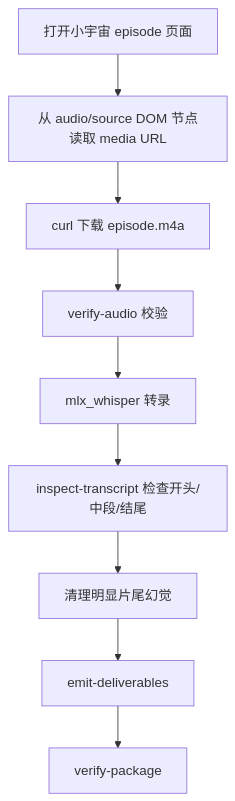
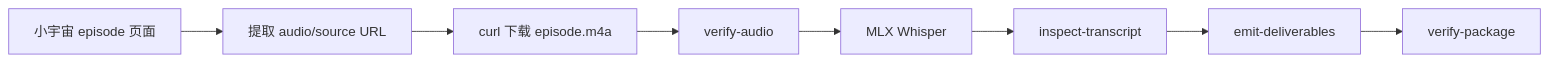
The second of 3 diagrams in README.md (ambition0802/audio-transcription-skill), drawn with Mermaid before and after one commit. The commit also changed other lines of this file and 1 other file, not shown here.

````diff
--- a/README.md
+++ b/README.md
@@ -325,11 +230,10 @@
 ```mermaid
-flowchart TD
-  A["打开小宇宙 episode 页面"] --> B["从 audio/source DOM 节点读取 media URL"]
+flowchart LR
+  A["小宇宙 episode 页面"] --> B["提取 audio/source URL"]
   B --> C["curl 下载 episode.m4a"]
-  C --> D["verify-audio 校验"]
-  D --> E["mlx_whisper 转录"]
-  E --> F["inspect-transcript 检查开头/中段/结尾"]
-  F --> G["清理明显片尾幻觉"]
-  G --> H["emit-deliverables"]
-  H --> I["verify-package"]
+  C --> D["verify-audio"]
+  D --> E["MLX Whisper"]
+  E --> F["inspect-transcript"]
+  F --> G["emit-deliverables"]
+  G --> H["verify-package"]
 ```
````
